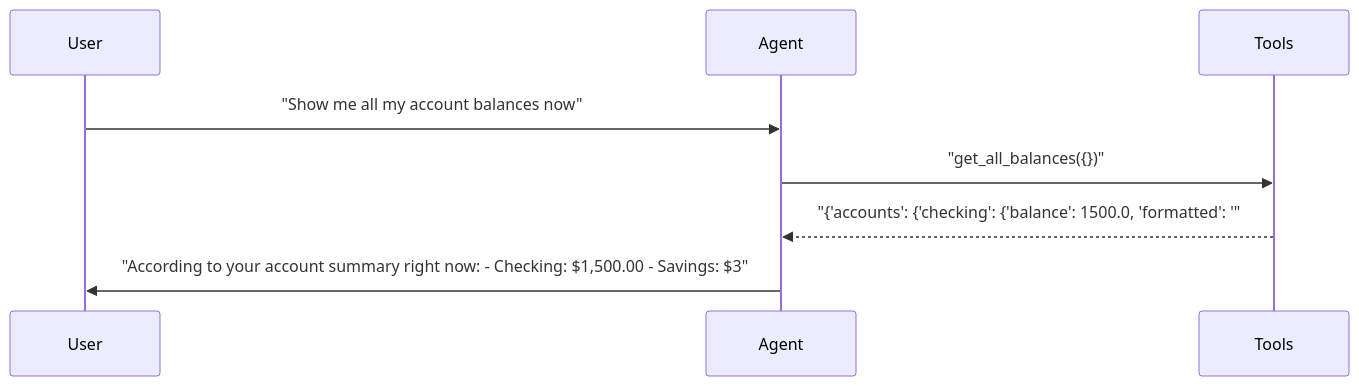
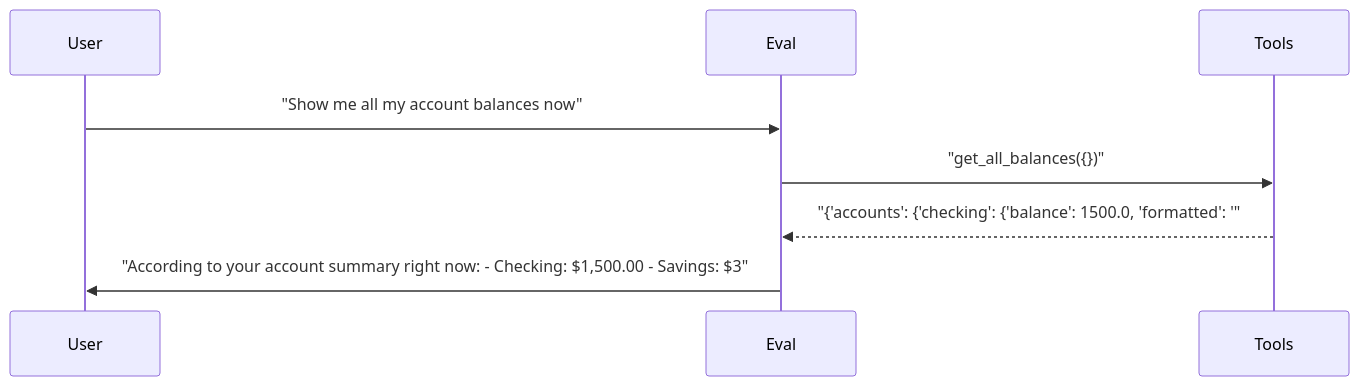
The fifth of 6 diagrams in docs/reports/03_multi_agent_sessions.md (sbroenne/pytest-skill-engineering), drawn with Mermaid before and after one commit. The commit also changed other lines of this file and 155 other files, not shown here.

````diff
--- a/docs/reports/03_multi_agent_sessions.md
+++ b/docs/reports/03_multi_agent_sessions.md
@@ -303,11 +303,11 @@
 ```mermaid
 sequenceDiagram
     participant User
-    participant Agent
+    participant Eval
     participant Tools
 
-    User->>Agent: "Show me all my account balances now"
-    Agent->>Tools: "get_all_balances({})"
-    Tools-->>Agent: "{'accounts': {'checking': {'balance': 1500.0, 'formatted': '"
-    Agent->>User: "According to your account summary right now: - Checking: $1,500.00 - Savings: $3"
+    User->>Eval: "Show me all my account balances now"
+    Eval->>Tools: "get_all_balances({})"
+    Tools-->>Eval: "{'accounts': {'checking': {'balance': 1500.0, 'formatted': '"
+    Eval->>User: "According to your account summary right now: - Checking: $1,500.00 - Savings: $3"
 ```
````
